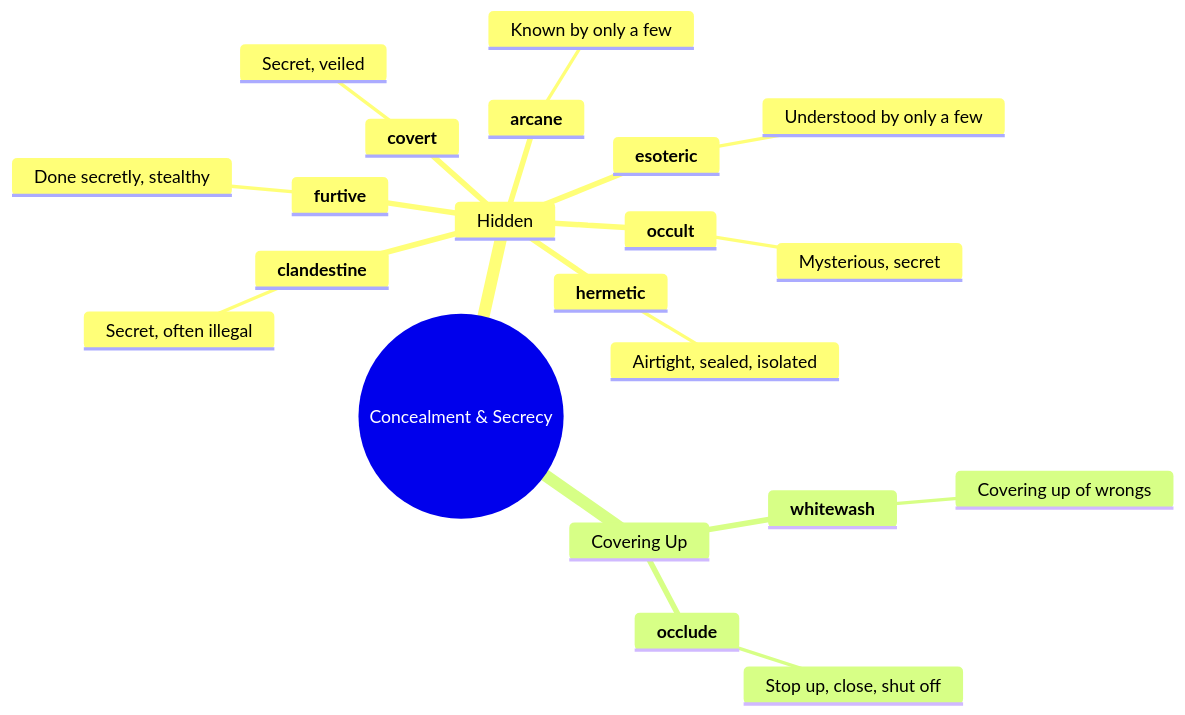
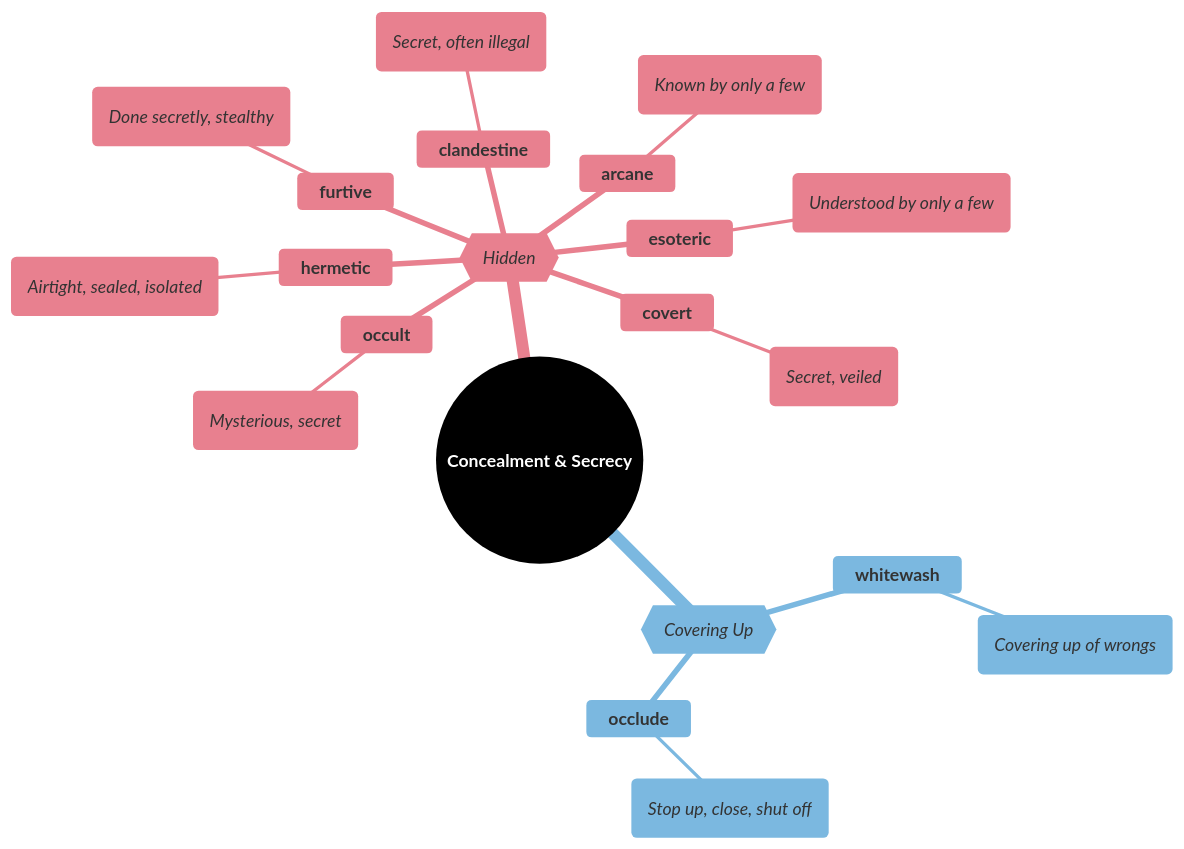
One commit to 95anantsingh/gre-preparation changed the fourth of 7 diagrams in mindmaps/08-deception-and-trickery.md. Above: the diagram before and after it, drawn with Mermaid. The commit also changed other lines of this file and 14 other files, not shown here.

````diff
--- a/mindmaps/08-deception-and-trickery.md
+++ b/mindmaps/08-deception-and-trickery.md
@@ -144,24 +229,43 @@
 ```mermaid
+%%{
+  init: {
+    "theme": "base",
+    "themeVariables": {
+      "primaryColor": "#000000",
+      "cScale1": "#e8808f",  "cScaleInv1": "#a33445",
+      "cScale2": "#7bb8e0",  "cScaleInv2": "#266a93",
+      "cScale3": "#6db993",  "cScaleInv3": "#23543f",
+      "cScale4": "#f5d07a",  "cScaleInv4": "#c4903b",
+      "cScale5": "#b08fcc",  "cScaleInv5": "#5d3b75",
+      "cScale6": "#74dace",  "cScaleInv6": "#217d72",
+      "cScale7": "#f09570",  "cScaleInv7": "#b84112",
+      "cScale8": "#8ea8c2",  "cScaleInv8": "#32465e",
+      "cScale9": "#cc7fba",  "cScaleInv9": "#7d2868",
+      "cScale10": "#c99a78", "cScaleInv10": "#7c4e32",
+      "cScale11": "#a3a3a3", "cScaleInv11": "#3d3d3d"
+    }
+  }
+}%%
 mindmap
-  root((Concealment & Secrecy))
-    Hidden
+  root((<font color=white>**Concealment & Secrecy**</font>))
+    {{_Hidden_}}
       **covert**
-        Secret, veiled
+        (_Secret, veiled_)
       **furtive**
-        Done secretly, stealthy
+        (_Done secretly, stealthy_)
       **clandestine**
-        Secret, often illegal
+        (_Secret, often illegal_)
       **arcane**
-        Known by only a few
+        (_Known by only a few_)
       **esoteric**
-        Understood by only a few
+        (_Understood by only a few_)
       **occult**
-        Mysterious, secret
+        (_Mysterious, secret_)
       **hermetic**
-        Airtight, sealed, isolated
-    Covering Up
+        (_Airtight, sealed, isolated_)
+    {{_Covering Up_}}
       **whitewash**
-        Covering up of wrongs
+        (_Covering up of wrongs_)
       **occlude**
-        Stop up, close, shut off
+        (_Stop up, close, shut off_)
 ```
````
